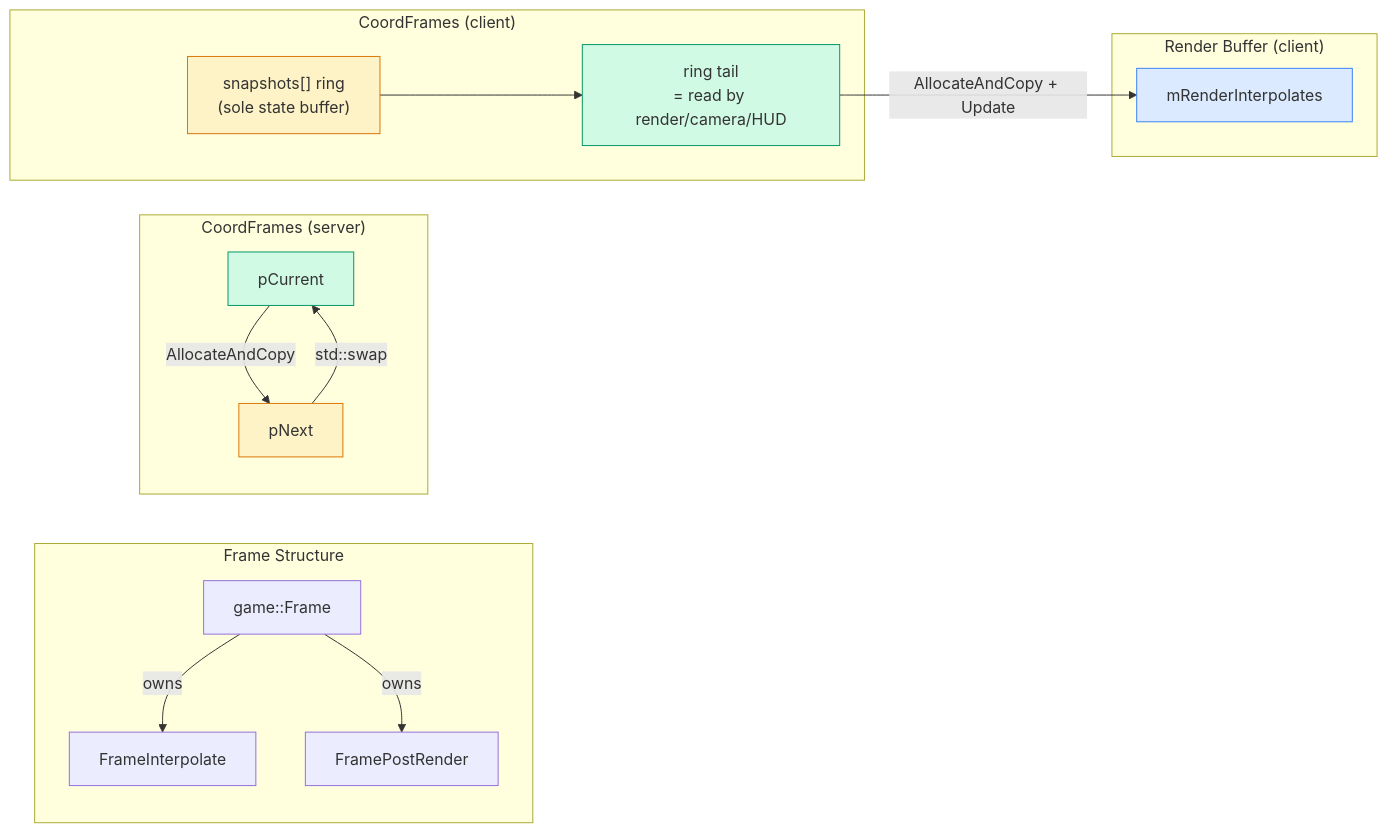
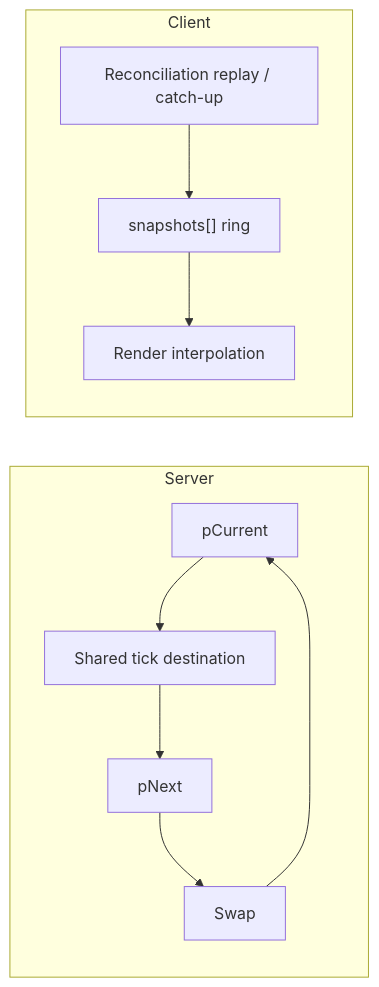
Before and after one commit to DougTanner/BrokenEnginePublic: the fourth of 5 diagrams in Documents/Architecture/FrameUpdatePipeline.md, drawn with Mermaid. The commit also changed other lines of this file and 1 other file, not shown here.

First line of the commit message:
Stabilize frame update pipeline reference

````diff
--- a/Documents/Architecture/FrameUpdatePipeline.md
+++ b/Documents/Architecture/FrameUpdatePipeline.md
@@ -173,34 +40,10 @@
 ```mermaid
 %%{init: {'theme': 'default'}}%%
 flowchart LR
-    classDef current fill:#d1fae5,stroke:#059669
-    classDef next fill:#fef3c7,stroke:#d97706
-    classDef render fill:#dbeafe,stroke:#3b82f6
-
-    subgraph frame_struct ["Frame Structure"]
-        frame["game::Frame"]
-        fi["FrameInterpolate"]
-        fpr["FramePostRender"]
-        frame -->|owns| fi
-        frame -->|owns| fpr
+    subgraph server["Server"]
+        current["pCurrent"] --> tick["Shared tick destination"] --> next["pNext"] --> swap["Swap"] --> current
     end
-
-    subgraph server_buffers ["CoordFrames (server)"]
-        current["pCurrent"]:::current
-        next_buf["pNext"]:::next
+    subgraph client["Client"]
+        replay["Reconciliation replay / catch-up"] --> snapshots["snapshots[] ring"] --> interpolation["Render interpolation"]
     end
-
-    subgraph client_buffers ["CoordFrames (client)"]
-        snap_stack["snapshots[] ring<br/>(sole state buffer)"]:::next
-        tail["ring tail<br/>= read by render/camera/HUD"]:::current
-    end
-
-    subgraph render_buf ["Render Buffer (client)"]
-        render_interp["mRenderInterpolates"]:::render
-    end
-
-    current -->|"AllocateAndCopy"| next_buf
-    next_buf -->|"std::swap"| current
-    snap_stack --> tail
-    tail -->|"AllocateAndCopy + Update"| render_interp
 ```
````
